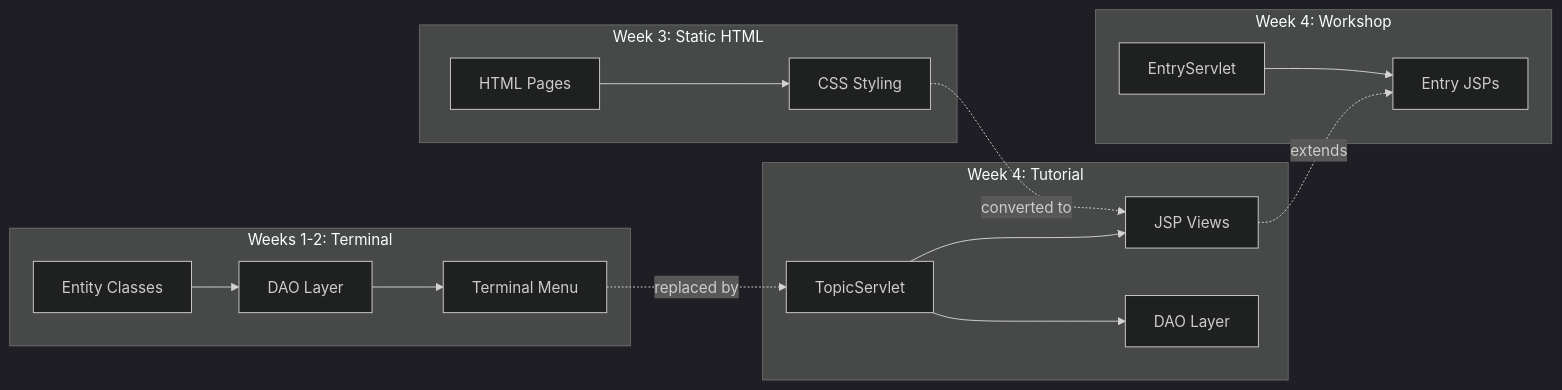
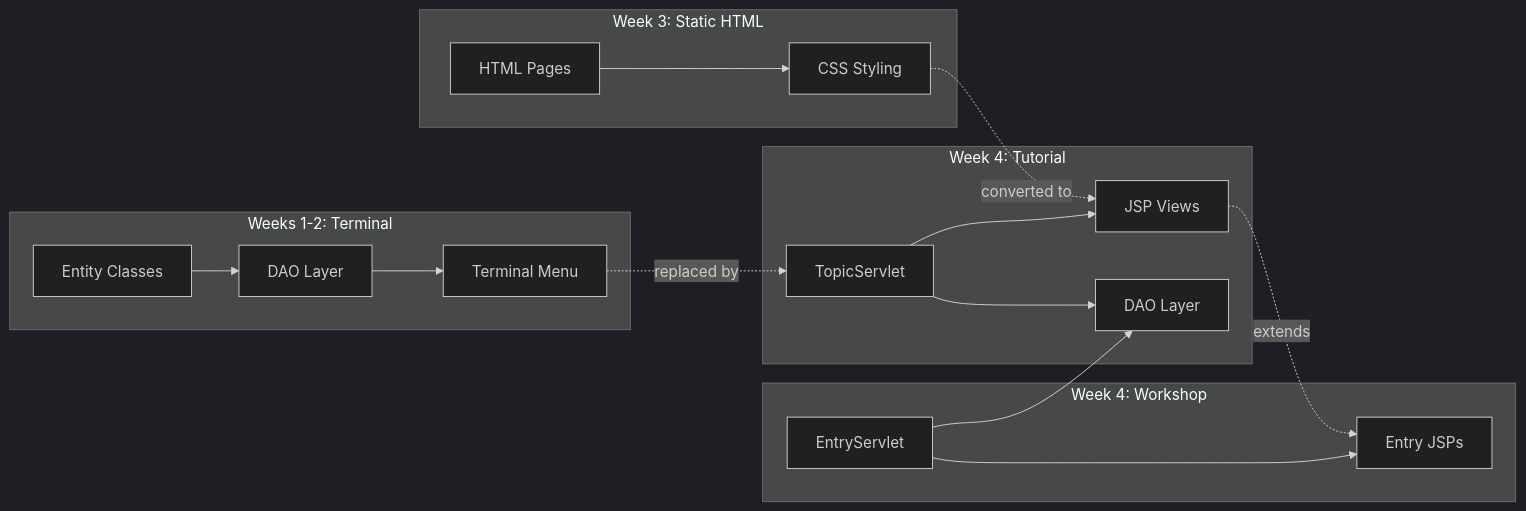
One commit to icp-year-2/learning-logs-web-jsp-tutorial changed the first of 4 diagrams in README.md. Above: the diagram before and after it, drawn with Mermaid (dark theme).

Commit message:
Fix mermaid diagram: add EntryServlet to DAO Layer connection

````diff
--- a/README.md
+++ b/README.md
@@ -24,20 +24,21 @@
 ```mermaid
 flowchart LR
     subgraph "Weeks 1-2: Terminal"
         A[Entity Classes] --> B[DAO Layer]
         B --> C[Terminal Menu]
     end
     subgraph "Week 3: Static HTML"
         D[HTML Pages] --> E[CSS Styling]
     end
     subgraph "Week 4: Tutorial"
         F[TopicServlet] --> G[JSP Views]
         F --> H[DAO Layer]
     end
     subgraph "Week 4: Workshop"
         I[EntryServlet] --> J[Entry JSPs]
+        I --> H
     end
     C -.->|"replaced by"| F
     E -.->|"converted to"| G
     G -.->|"extends"| J
 ```
````
